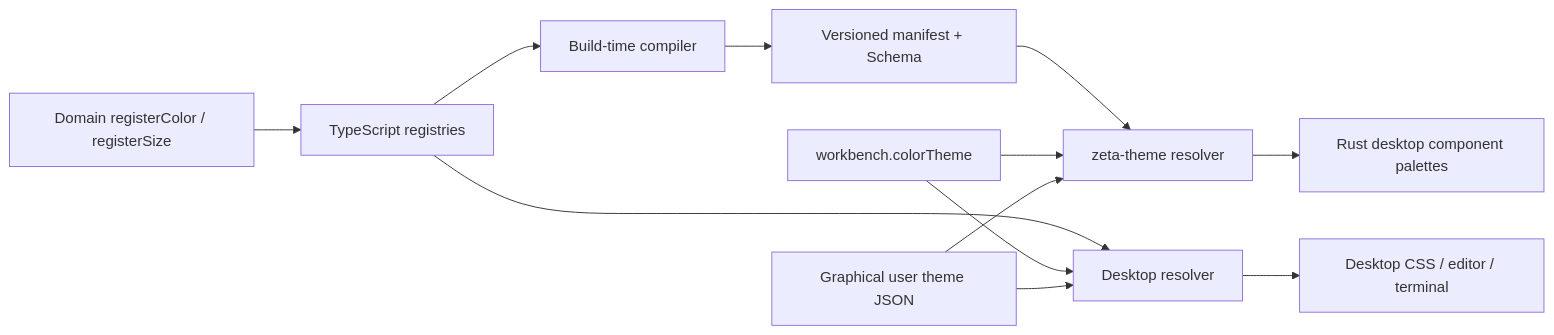
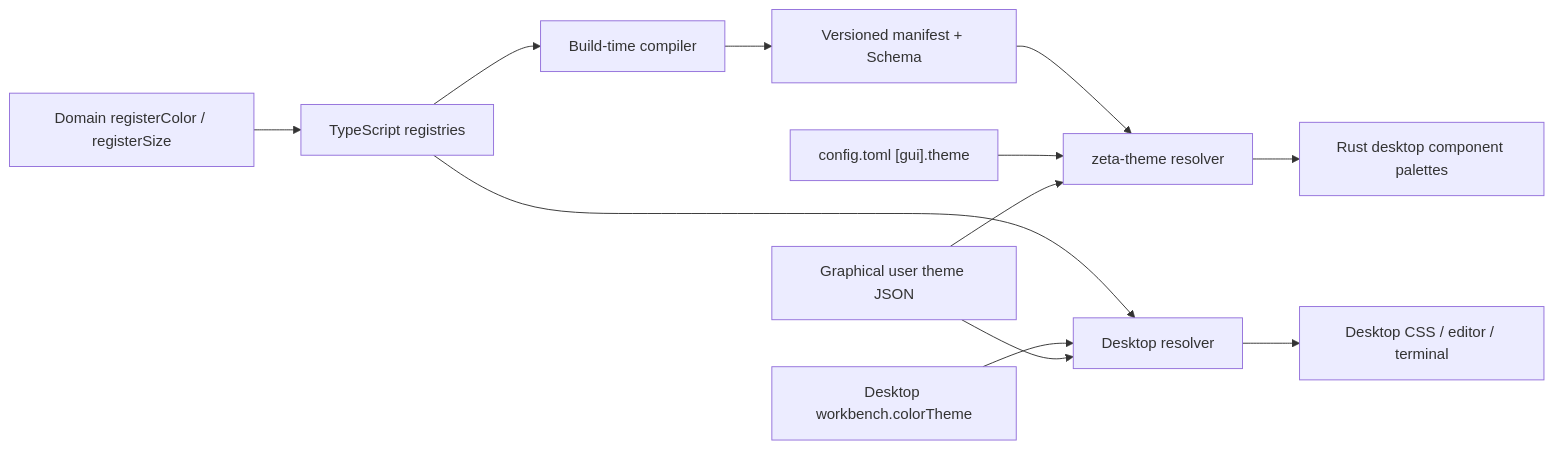
Before and after one commit to chogng/zeta: the diagram in docs/design-tokens.md, drawn with Mermaid. The commit also changed other lines of this file and 137 other files, not shown here.

````diff
--- a/docs/design-tokens.md
+++ b/docs/design-tokens.md
@@ -35,14 +35,14 @@
 ```mermaid
 flowchart LR
   A["Domain registerColor / registerSize"] --> B["TypeScript registries"]
   B --> C["Build-time compiler"]
   C --> D["Versioned manifest + Schema"]
   B --> E["Desktop resolver"]
   D --> F["zeta-theme resolver"]
-  G["workbench.colorTheme"] --> E
-  G --> F
+  G["Desktop workbench.colorTheme"] --> E
+  M["config.toml [gui].theme"] --> F
   H["Graphical user theme JSON"] --> E
   H --> F
   E --> I["Desktop CSS / editor / terminal"]
   F --> J["Rust desktop component palettes"]
 ```
````
